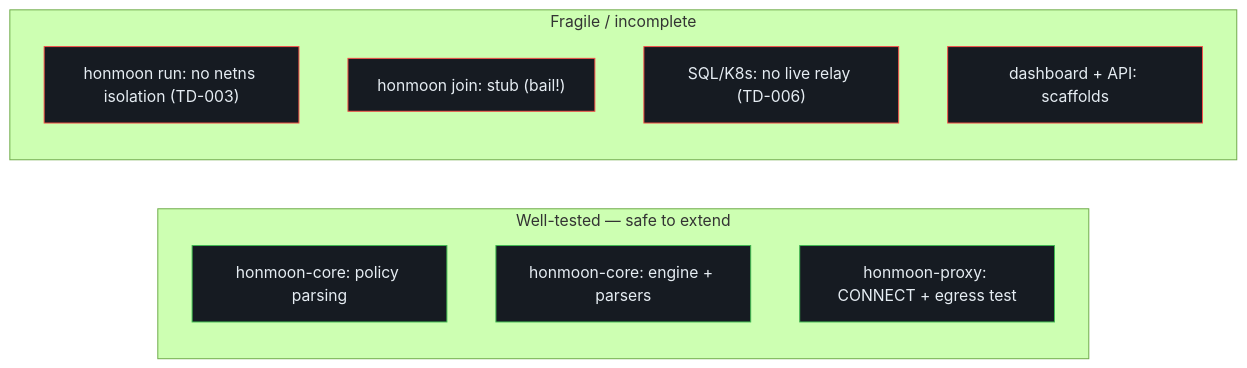
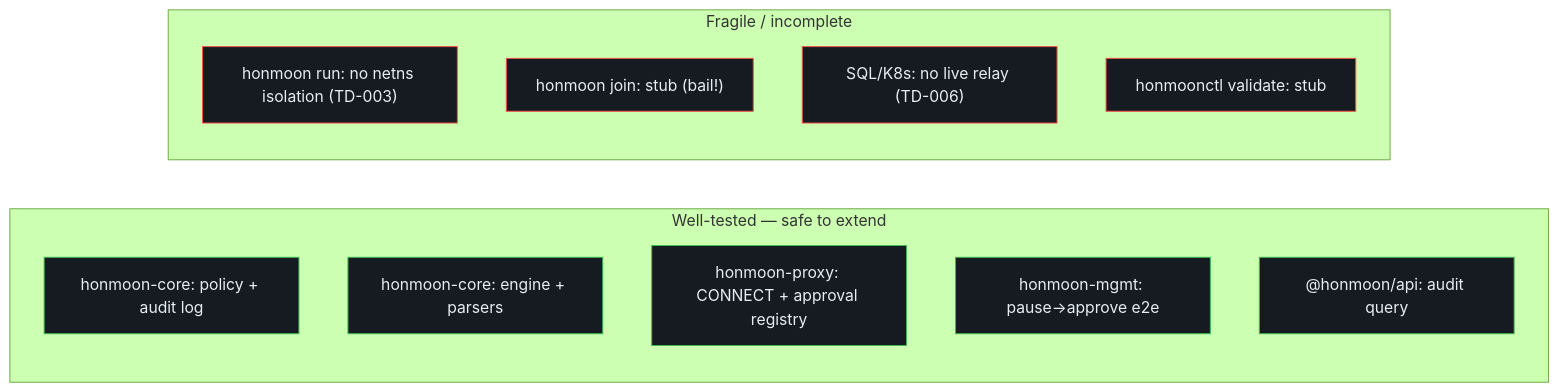
Before and after one commit to pleaseai/honmoon: the fourth of 4 diagrams in wiki/deep-dive/architecture.md, drawn with Mermaid (forest theme). The commit also changed other lines of this file and 19 other files, not shown here.

Commit message:
docs(wiki): refresh for Phase 4 (pause approval, audit log, dashboard, honmoon-mgmt)

````diff
--- a/wiki/deep-dive/architecture.md
+++ b/wiki/deep-dive/architecture.md
@@ -195,21 +200,25 @@
 ```mermaid
 flowchart LR
   subgraph solid["Well-tested — safe to extend"]
-    s1["honmoon-core: policy parsing"]
+    s1["honmoon-core: policy + audit log"]
     s2["honmoon-core: engine + parsers"]
-    s3["honmoon-proxy: CONNECT + egress test"]
+    s3["honmoon-proxy: CONNECT + approval registry"]
+    s4["honmoon-mgmt: pause→approve e2e"]
+    s5["@honmoon/api: audit query"]
   end
   subgraph weak["Fragile / incomplete"]
     w1["honmoon run: no netns isolation (TD-003)"]
     w2["honmoon join: stub (bail!)"]
     w3["SQL/K8s: no live relay (TD-006)"]
-    w4["dashboard + API: scaffolds"]
+    w4["honmoonctl validate: stub"]
   end
   style s1 fill:#161b22,stroke:#3fb950,color:#e6edf3
   style s2 fill:#161b22,stroke:#3fb950,color:#e6edf3
   style s3 fill:#161b22,stroke:#3fb950,color:#e6edf3
+  style s4 fill:#161b22,stroke:#3fb950,color:#e6edf3
+  style s5 fill:#161b22,stroke:#3fb950,color:#e6edf3
   style w1 fill:#161b22,stroke:#f85149,color:#e6edf3
   style w2 fill:#161b22,stroke:#f85149,color:#e6edf3
   style w3 fill:#161b22,stroke:#f85149,color:#e6edf3
   style w4 fill:#161b22,stroke:#f85149,color:#e6edf3
 ```
````
